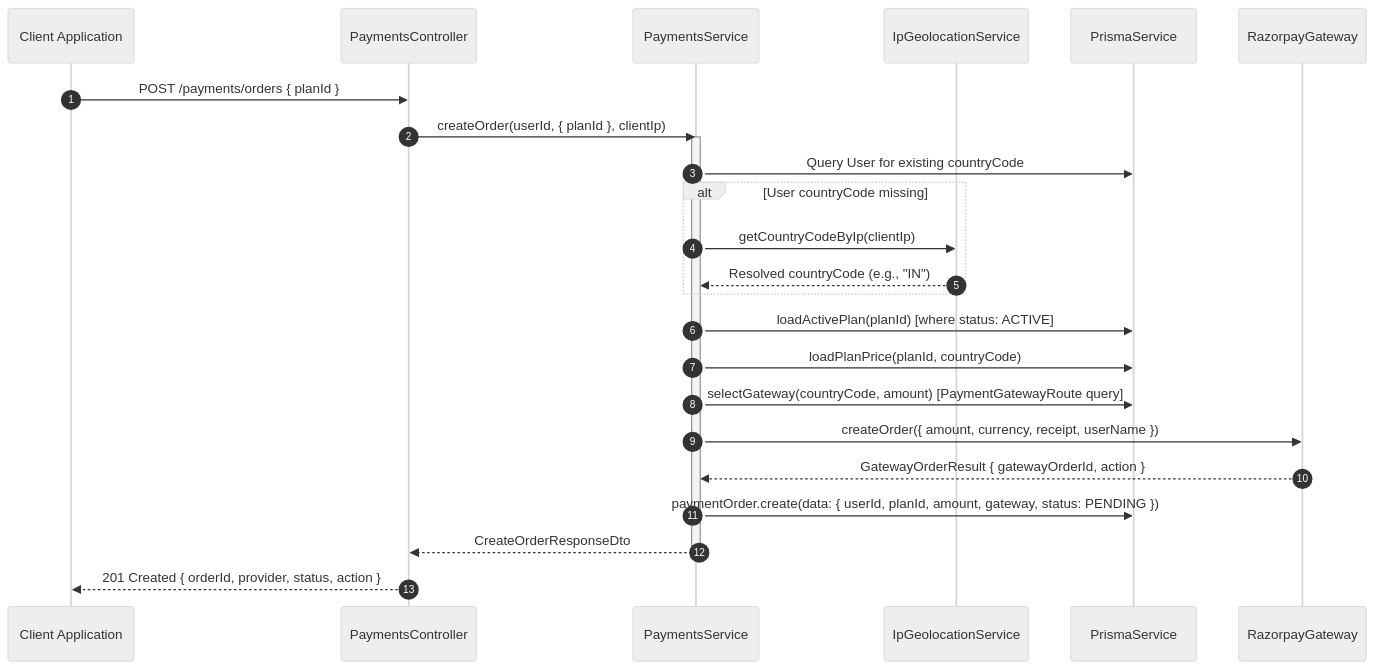
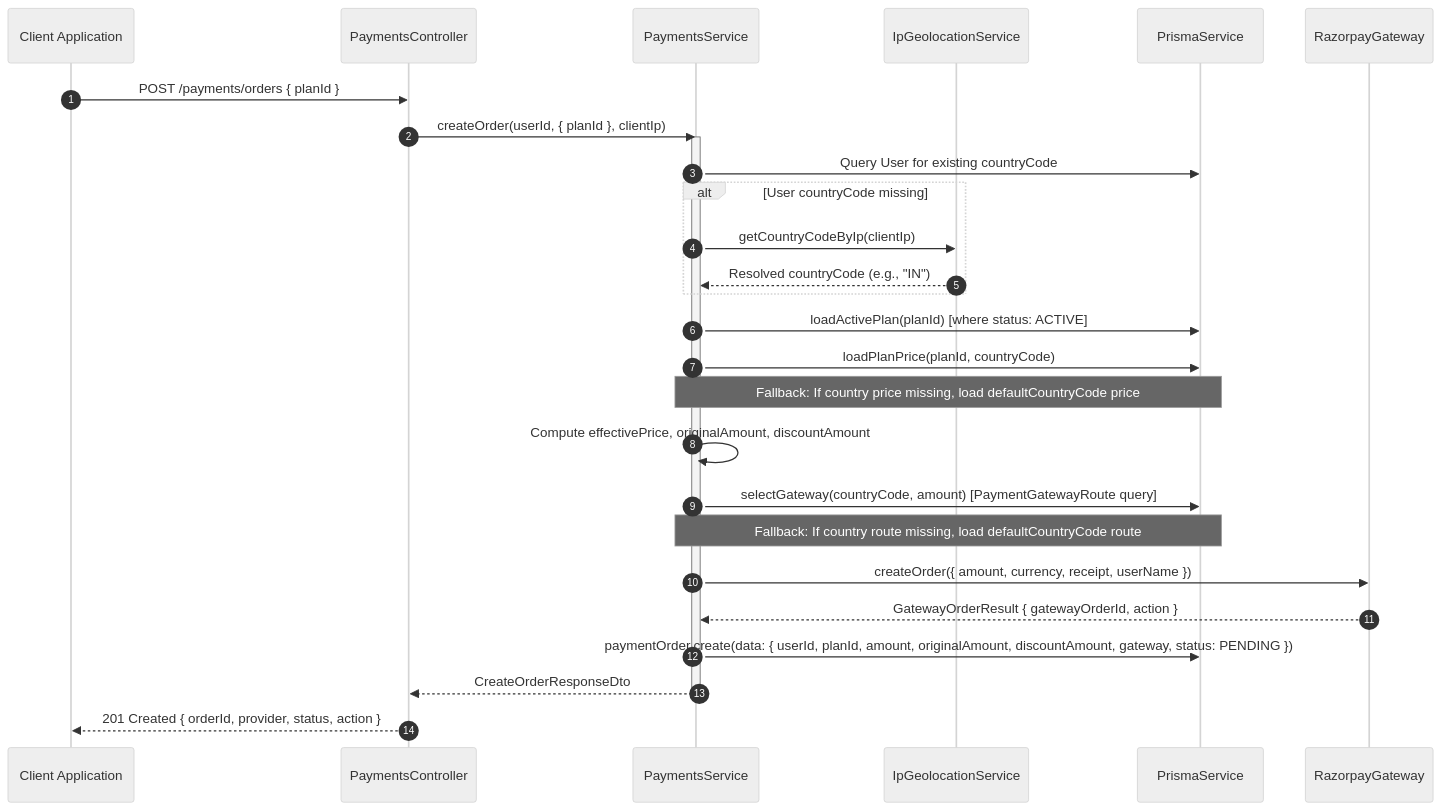
The diagram in docs-site/docs/modules/payments.md (SaveSoulApp/Breathaway-Backend), drawn with Mermaid (neutral theme) before and after one commit. The commit also changed other lines of this file and 29 other files, not shown here.

````diff
--- a/docs-site/docs/modules/payments.md
+++ b/docs-site/docs/modules/payments.md
@@ -378,32 +378,35 @@
 ```mermaid
 sequenceDiagram
     autonumber
     participant Client as Client Application
     participant Ctrl as PaymentsController
     participant Svc as PaymentsService
     participant Geo as IpGeolocationService
     participant Prisma as PrismaService
     participant Gateway as RazorpayGateway
 
     Client ->> Ctrl: POST /payments/orders { planId }
     Ctrl ->> Svc: createOrder(userId, { planId }, clientIp)
     activate Svc
 
     Svc ->> Prisma: Query User for existing countryCode
     alt User countryCode missing
         Svc ->> Geo: getCountryCodeByIp(clientIp)
         Geo -->> Svc: Resolved countryCode (e.g., "IN")
     end
 
     Svc ->> Prisma: loadActivePlan(planId) [where status: ACTIVE]
     Svc ->> Prisma: loadPlanPrice(planId, countryCode)
+    Note over Svc,Prisma: Fallback: If country price missing, load defaultCountryCode price
+    Svc ->> Svc: Compute effectivePrice, originalAmount, discountAmount
     Svc ->> Prisma: selectGateway(countryCode, amount) [PaymentGatewayRoute query]
+    Note over Svc,Prisma: Fallback: If country route missing, load defaultCountryCode route
 
     Svc ->> Gateway: createOrder({ amount, currency, receipt, userName })
     Gateway -->> Svc: GatewayOrderResult { gatewayOrderId, action }
 
-    Svc ->> Prisma: paymentOrder.create(data: { userId, planId, amount, gateway, status: PENDING })
+    Svc ->> Prisma: paymentOrder.create(data: { userId, planId, amount, originalAmount, discountAmount, gateway, status: PENDING })
     Svc -->> Ctrl: CreateOrderResponseDto
     deactivate Svc
     Ctrl -->> Client: 201 Created { orderId, provider, status, action }
 ```
````
